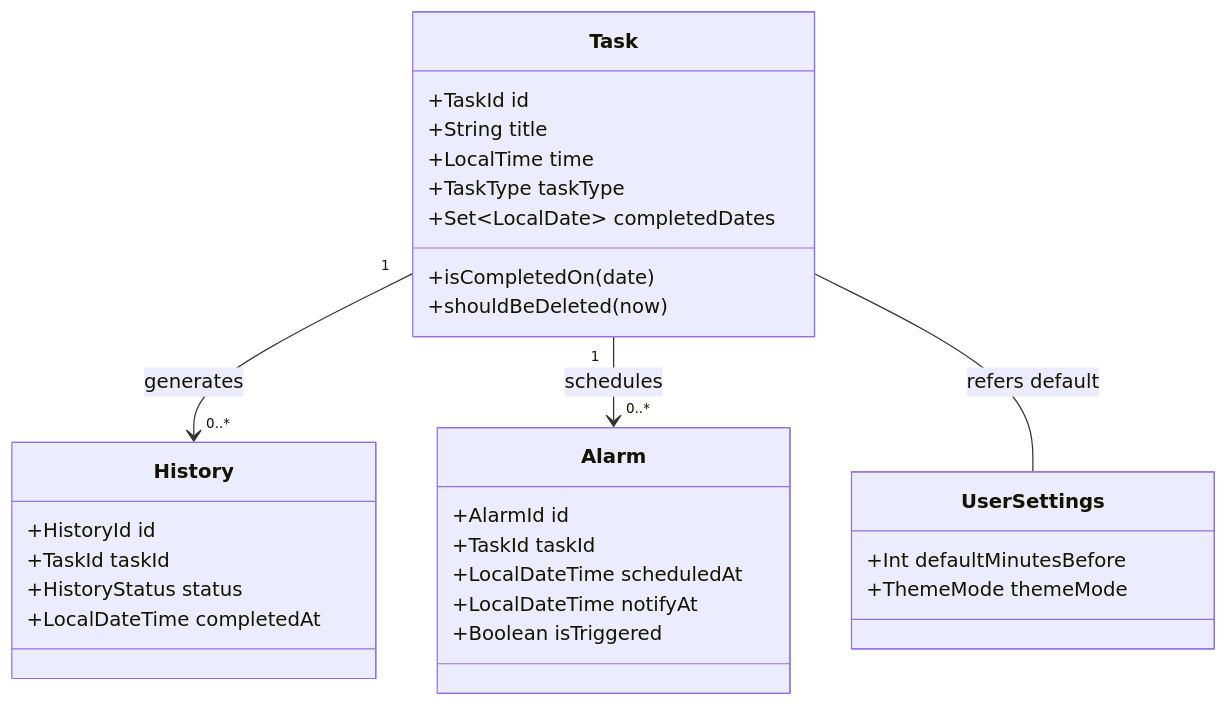
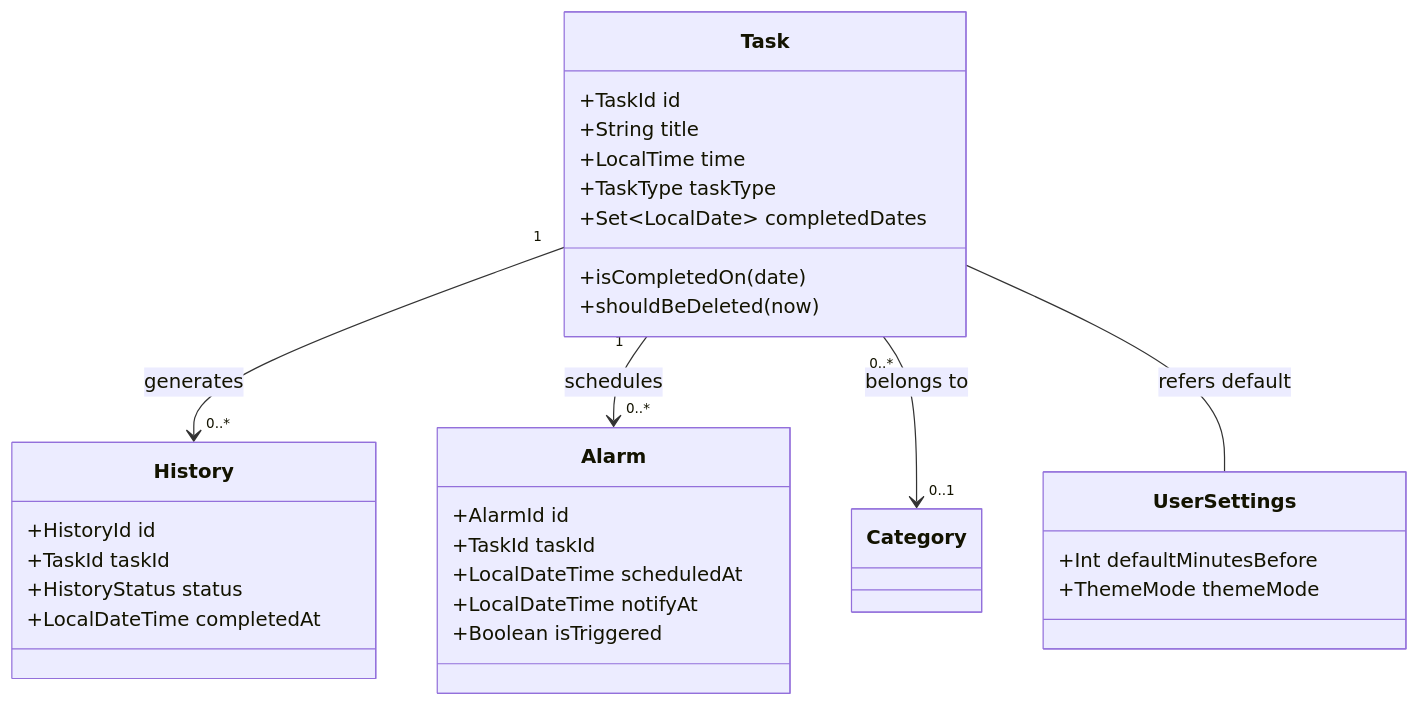
Before and after one commit to segnities007/yatte: the first of 3 diagrams in docs/domain-models.md, drawn with Mermaid. The commit also changed other lines of this file and 72 other files, not shown here.

````diff
--- a/docs/domain-models.md
+++ b/docs/domain-models.md
@@ -7,36 +7,37 @@
 ```mermaid
 classDiagram
     class Task {
         +TaskId id
         +String title
         +LocalTime time
         +TaskType taskType
         +Set~LocalDate~ completedDates
         +isCompletedOn(date)
         +shouldBeDeleted(now)
     }
 
     class History {
         +HistoryId id
         +TaskId taskId
         +HistoryStatus status
         +LocalDateTime completedAt
     }
 
     class Alarm {
         +AlarmId id
         +TaskId taskId
         +LocalDateTime scheduledAt
         +LocalDateTime notifyAt
         +Boolean isTriggered
     }
 
     class UserSettings {
         +Int defaultMinutesBefore
         +ThemeMode themeMode
     }
 
     Task "1" --> "0..*" History : generates
     Task "1" --> "0..*" Alarm : schedules
+    Task "0..*" --> "0..1" Category : belongs to
     Task -- UserSettings : refers default
 ```
````
